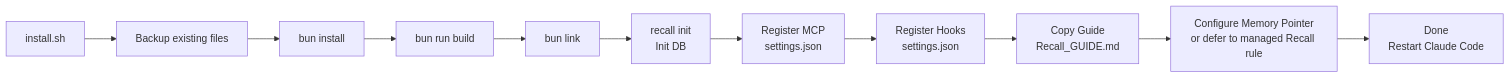
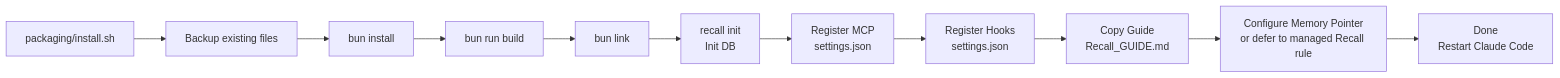
Before and after one commit to edheltzel/Recall: the diagram in docs/installation.md, drawn with Mermaid. The commit also changed other lines of this file and 4 other files, not shown here.

````diff
--- a/docs/installation.md
+++ b/docs/installation.md
@@ -165,13 +172,13 @@
 ```mermaid
 flowchart LR
-    A[install.sh] --> B[Backup existing files]
+    A[packaging/install.sh] --> B[Backup existing files]
     B --> C[bun install]
     C --> D[bun run build]
     D --> E[bun link]
     E --> F[recall init\nInit DB]
     F --> G[Register MCP\nsettings.json]
     G --> H[Register Hooks\nsettings.json]
     H --> I[Copy Guide\nRecall_GUIDE.md]
     I --> J[Configure Memory Pointer\nor defer to managed Recall rule]
     J --> K[Done\nRestart Claude Code]
 ```
````
